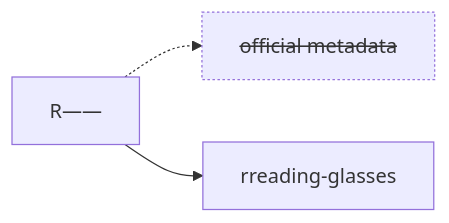
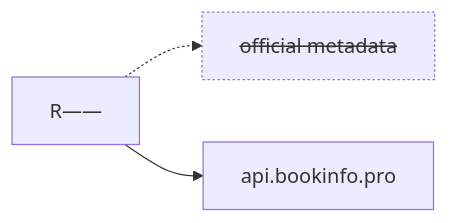
The diagram in README.md (crazyuploader/rreading-glasses), drawn with Mermaid before and after one commit. The commit also changed other lines of this file, not shown here.

````diff
--- a/README.md
+++ b/README.md
@@ -20,8 +15,8 @@
 ```mermaid
 graph LR;
     R[R——]-.->M[official metadata];
-    R-->rreading-glasses;
+    R--> api.bookinfo.pro;
 
     classDef dotted stroke-dasharray:2,text-decoration:line-through;
     class M dotted;
 ```
````
